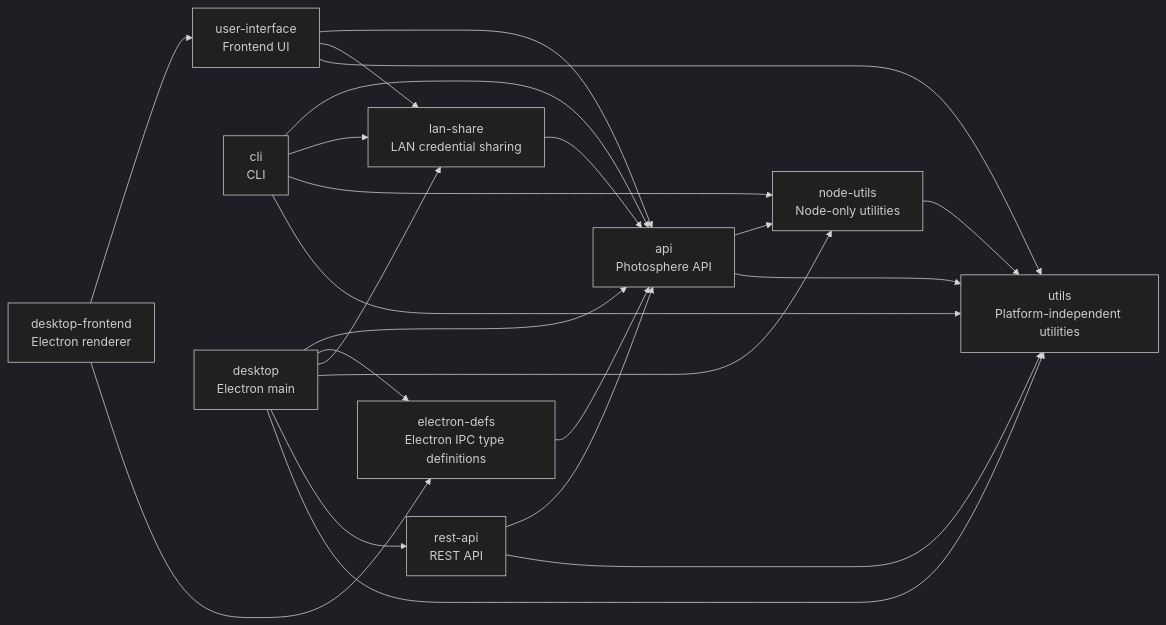
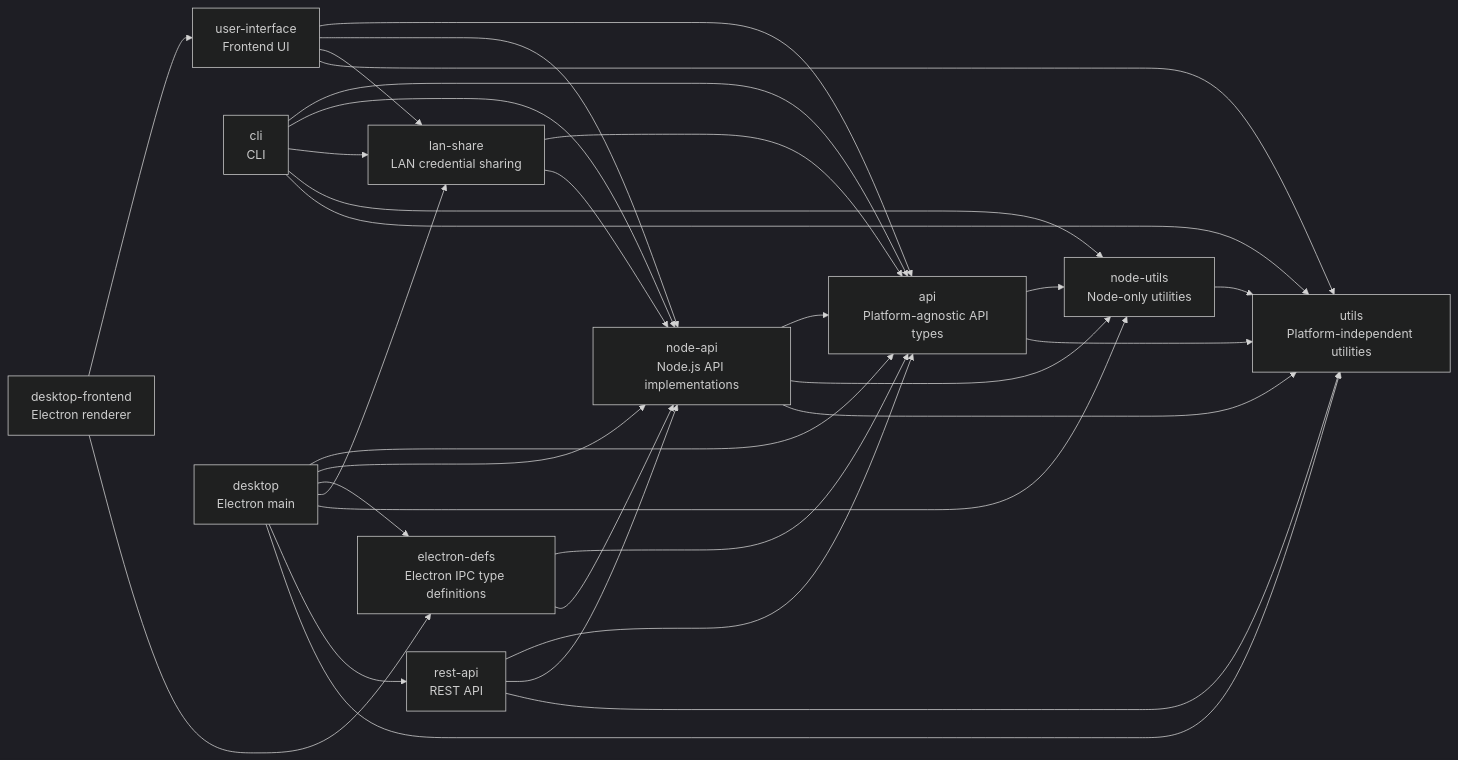
The diagram in docs/dependencies.md (ashleydavis/photosphere), drawn with Mermaid (dark theme) before and after one commit. The commit also changed 155 other files, not shown here.

````diff
--- a/docs/dependencies.md
+++ b/docs/dependencies.md
@@ -3,23 +3,25 @@
 ```mermaid
 flowchart LR
     utils["utils<br/>Platform-independent utilities"]
     edefs["electron-defs<br/>Electron IPC type definitions"]
     nodeutils["node-utils<br/>Node-only utilities"]
     lanshare["lan-share<br/>LAN credential sharing"]
-    api["api<br/>Photosphere API"]
+    api["api<br/>Platform-agnostic API types"]
+    nodeapi["node-api<br/>Node.js API implementations"]
     restapi["rest-api<br/>REST API"]
     ui["user-interface<br/>Frontend UI"]
     cli["cli<br/>CLI"]
     desktop["desktop<br/>Electron main"]
     desktopfe["desktop-frontend<br/>Electron renderer"]
 
     nodeutils --> utils
-    lanshare --> api
     api --> nodeutils & utils
-    edefs --> api
-    restapi --> api & utils
-    ui --> api & lanshare & utils
-    cli --> api & lanshare & nodeutils & utils
-    desktop --> api & edefs & lanshare & nodeutils & restapi & utils
+    nodeapi --> api & nodeutils & utils
+    lanshare --> api & nodeapi
+    edefs --> api & nodeapi
+    restapi --> api & nodeapi & utils
+    ui --> api & nodeapi & lanshare & utils
+    cli --> api & nodeapi & lanshare & nodeutils & utils
+    desktop --> api & nodeapi & edefs & lanshare & nodeutils & restapi & utils
     desktopfe --> ui & edefs
 ```
````
